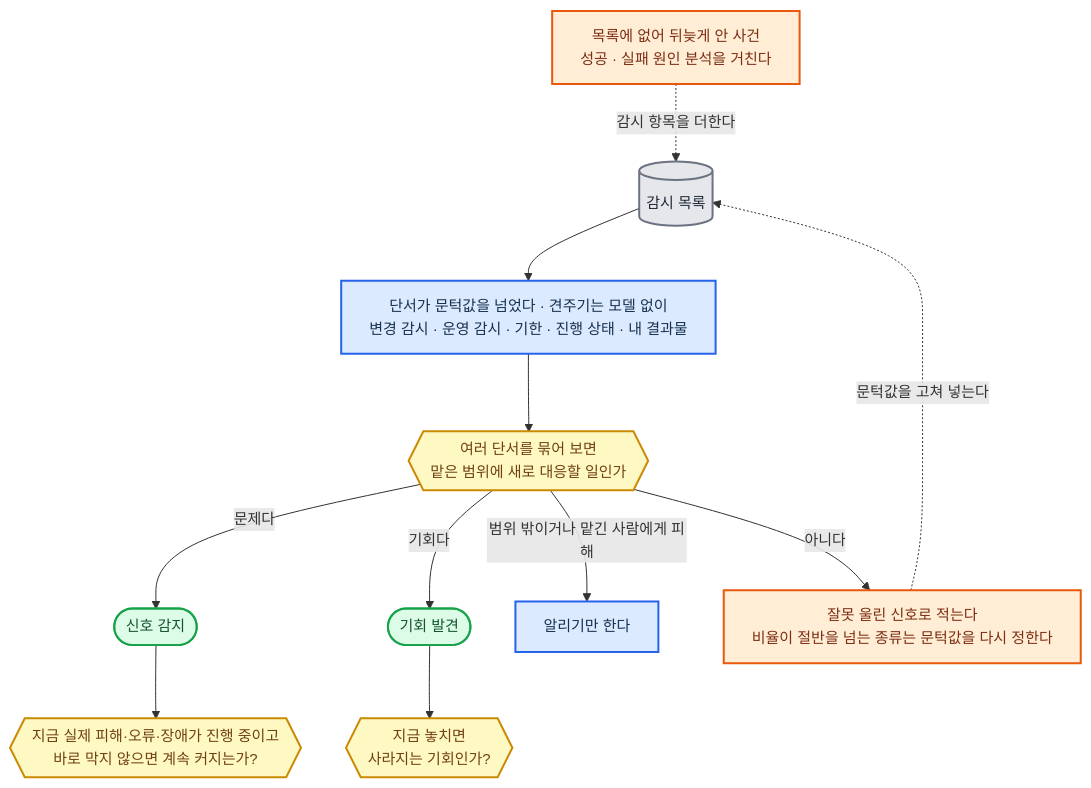
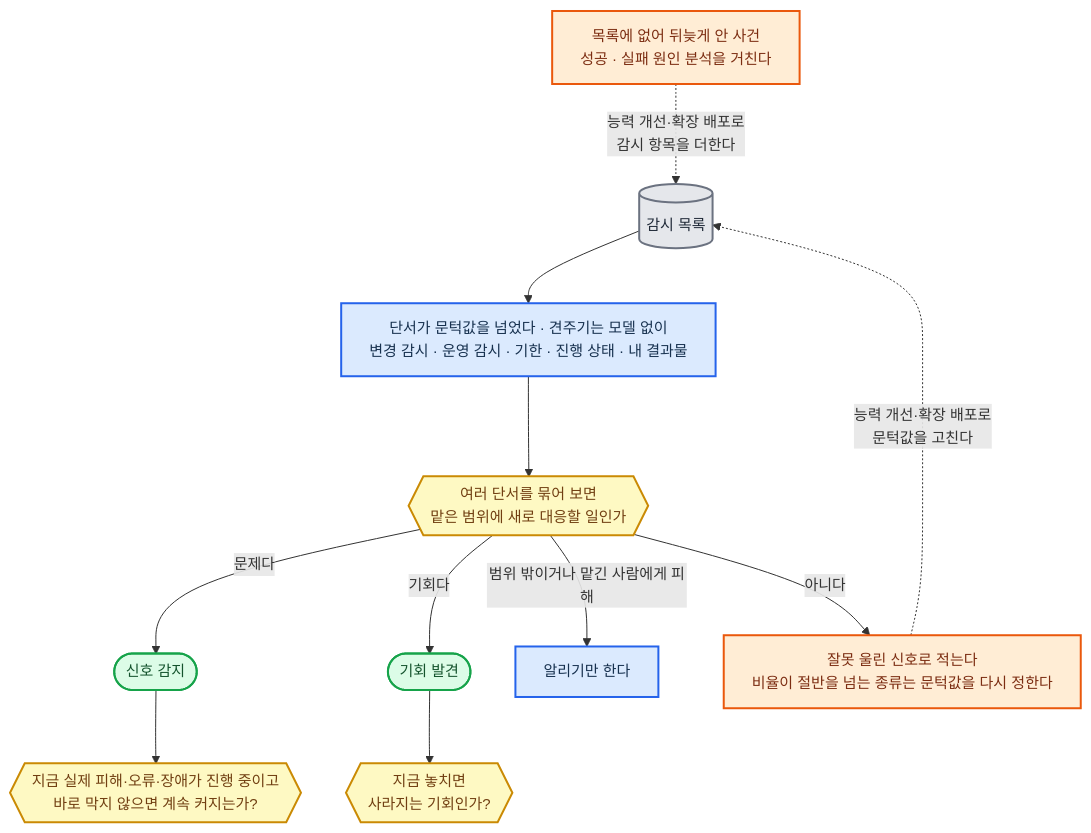
One commit to harisbaguette/expert changed diagram 16 of 27 in 전문가 에이전트 정의 2.md. Above: the diagram before and after it, drawn with Mermaid. The commit also changed other lines of this file, not shown here.

````diff
--- a/전문가 에이전트 정의 2.md
+++ b/전문가 에이전트 정의 2.md
@@ -1918,16 +1919,16 @@
 ```mermaid
 %%{init: {"flowchart": {"wrappingWidth": 640, "curve": "basis", "nodeSpacing": 45, "rankSpacing": 55, "padding": 14, "useMaxWidth": true}, "themeVariables": {"fontSize": "15px"}} }%%
 flowchart TB
     W[("감시 목록")]:::store --> CUE["단서가 문턱값을 넘었다 · 견주기는 모델 없이<br/>변경 감시 · 운영 감시 · 기한 · 진행 상태 · 내 결과물"]:::main --> Q{{"여러 단서를 묶어 보면<br/>맡은 범위에 새로 대응할 일인가"}}:::note
     Q -- "문제다" --> SIGNAL(["신호 감지"]):::good --> HARM{{"지금 실제 피해·오류·장애가 진행 중이고<br/>바로 막지 않으면 계속 커지는가?"}}:::note
     Q -- "기회다" --> CHANCE(["기회 발견"]):::good --> OPPORTUNITY{{"지금 놓치면<br/>사라지는 기회인가?"}}:::note
     Q -- "범위 밖이거나 맡긴 사람에게 피해" --> TELL["알리기만 한다"]:::main
     Q -- "아니다" --> FALSE["잘못 울린 신호로 적는다<br/>비율이 절반을 넘는 종류는 문턱값을 다시 정한다"]:::back
-    FALSE -. "문턱값을 고쳐 넣는다" .-> W
-    MISS["목록에 없어 뒤늦게 안 사건<br/>성공 · 실패 원인 분석을 거친다"]:::back -. "감시 항목을 더한다" .-> W
+    FALSE -. "능력 개선·확장 배포로<br/>문턱값을 고친다" .-> W
+    MISS["목록에 없어 뒤늦게 안 사건<br/>성공 · 실패 원인 분석을 거친다"]:::back -. "능력 개선·확장 배포로<br/>감시 항목을 더한다" .-> W
     classDef main fill:#dbeafe,stroke:#2563eb,stroke-width:2px,color:#17314f
     classDef back fill:#ffedd5,stroke:#ea580c,stroke-width:2px,color:#7c2d12
     classDef store fill:#e5e7eb,stroke:#6b7280,stroke-width:2px,color:#1f2937
     classDef good fill:#dcfce7,stroke:#16a34a,stroke-width:2px,color:#14532d
     classDef note fill:#fef9c3,stroke:#ca8a04,stroke-width:2px,color:#713f12
 ```
````
